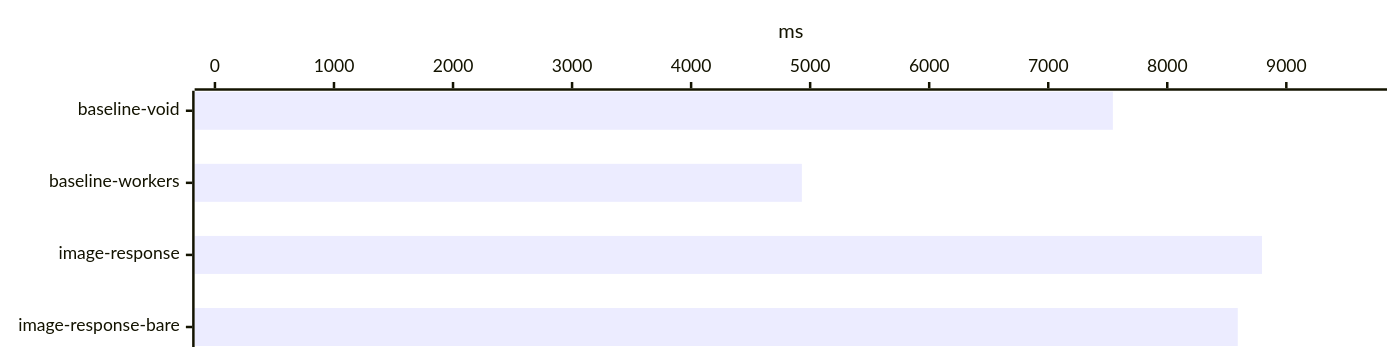
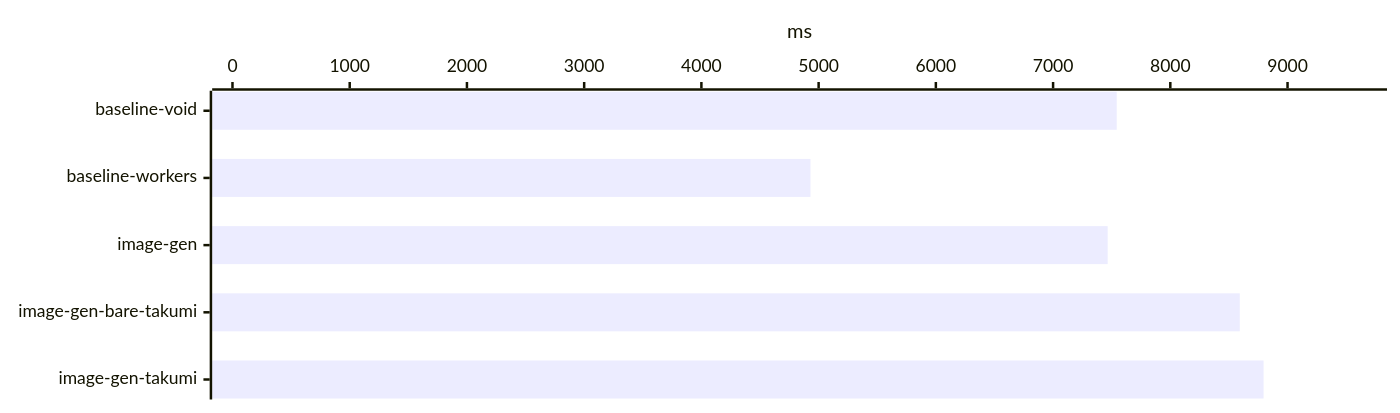
The fourth of 25 diagrams in benchmark/report.md (voidzero-dev/void), drawn with Mermaid before and after one commit. The commit also changed other lines of this file and 41 other files, not shown here.

````diff
--- a/benchmark/report.md
+++ b/benchmark/report.md
@@ -85,12 +87,12 @@
 ```mermaid
 ---
 config:
   xyChart:
     width: 1100
-    height: 268
+    height: 310
 ---
 xychart-beta horizontal
-    x-axis ["baseline-void", "baseline-workers", "image-response", "image-response-bare"]
+    x-axis ["baseline-void", "baseline-workers", "image-gen", "image-gen-bare-takumi", "image-gen-takumi"]
     y-axis "ms" 0 --> 9675.2333
-    bar [7543, 4930.3333, 8795.6667, 8592.3333]
+    bar [7543, 4930.3333, 7465.6667, 8592.3333, 8795.6667]
 ```
````
